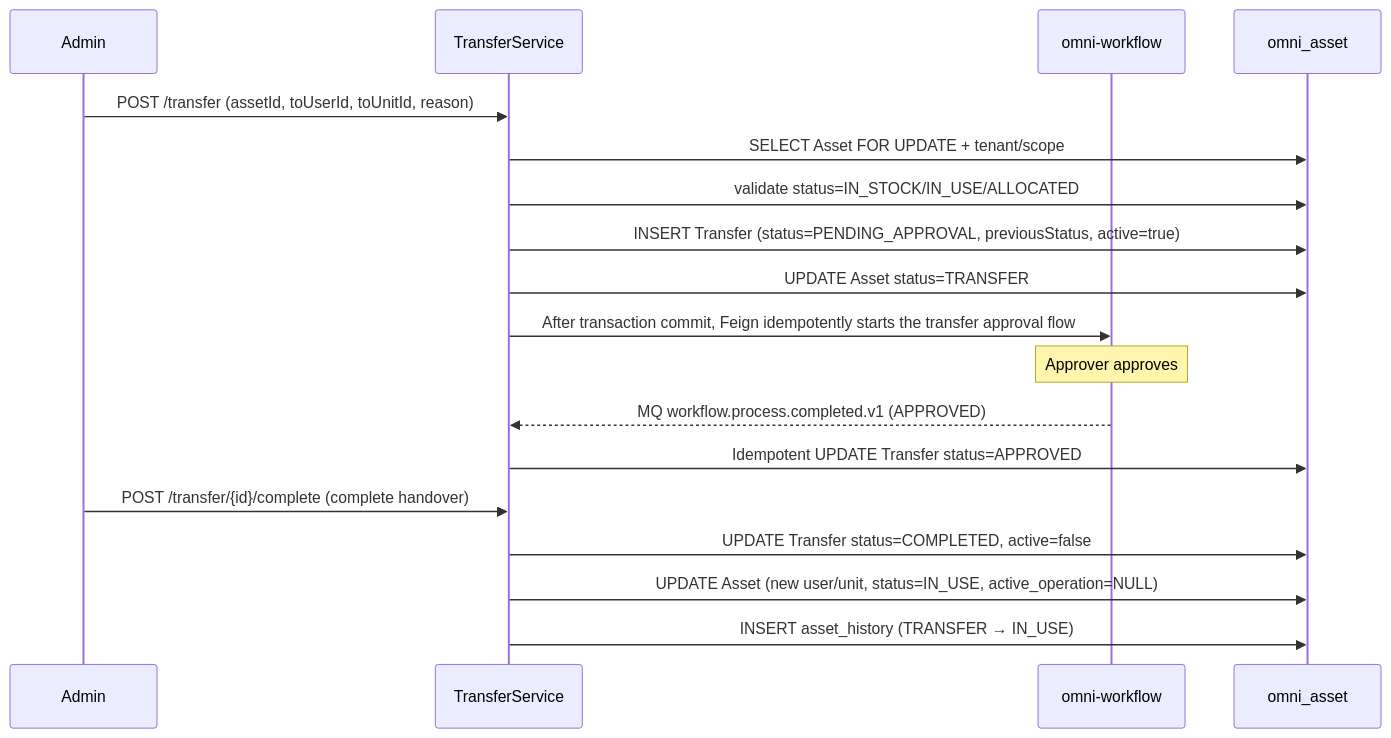
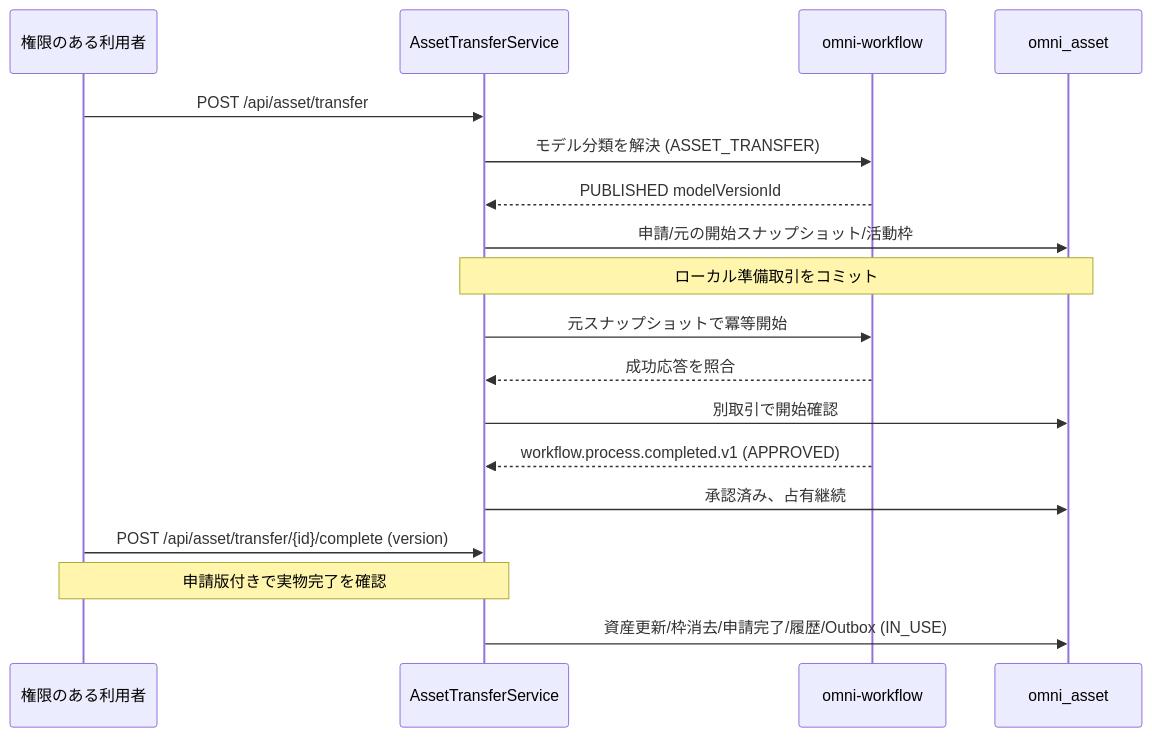
Before and after one commit to wang-baohai/Omni-Stack: the fifth of 6 diagrams in docs/design/asset-design.jp.md, drawn with Mermaid. The commit also changed other lines of this file and 1095 other files, not shown here.

````diff
--- a/docs/design/asset-design.jp.md
+++ b/docs/design/asset-design.jp.md
@@ -262,23 +252,20 @@
 ```mermaid
 sequenceDiagram
-    participant M as Admin
-    participant S as TransferService
+    participant M as 権限のある利用者
+    participant S as AssetTransferService
     participant WF as omni-workflow
     participant DB as omni_asset
-
-    M->>S: POST /transfer (assetId, toUserId, toUnitId, reason)
-    S->>DB: SELECT Asset FOR UPDATE + tenant/scope
-    S->>DB: validate status=IN_STOCK/IN_USE/ALLOCATED
-    S->>DB: INSERT Transfer (status=PENDING_APPROVAL, previousStatus, active=true)
-    S->>DB: UPDATE Asset status=TRANSFER
-    S->>WF: After transaction commit, Feign idempotently starts the transfer approval flow
-
-    Note over WF: Approver approves
-
-    WF-->>S: MQ workflow.process.completed.v1 (APPROVED)
-    S->>DB: Idempotent UPDATE Transfer status=APPROVED
-    M->>S: POST /transfer/{id}/complete (complete handover)
-    S->>DB: UPDATE Transfer status=COMPLETED, active=false
-    S->>DB: UPDATE Asset (new user/unit, status=IN_USE, active_operation=NULL)
-    S->>DB: INSERT asset_history (TRANSFER → IN_USE)
+    M->>S: POST /api/asset/transfer
+    S->>WF: モデル分類を解決 (ASSET_TRANSFER)
+    WF-->>S: PUBLISHED modelVersionId
+    S->>DB: 申請/元の開始スナップショット/活動枠
+    Note over S,DB: ローカル準備取引をコミット
+    S->>WF: 元スナップショットで冪等開始
+    WF-->>S: 成功応答を照合
+    S->>DB: 別取引で開始確認
+    WF-->>S: workflow.process.completed.v1 (APPROVED)
+    S->>DB: 承認済み、占有継続
+    M->>S: POST /api/asset/transfer/{id}/complete (version)
+    Note over M,S: 申請版付きで実物完了を確認
+    S->>DB: 資産更新/枠消去/申請完了/履歴/Outbox (IN_USE)
 ```
````
